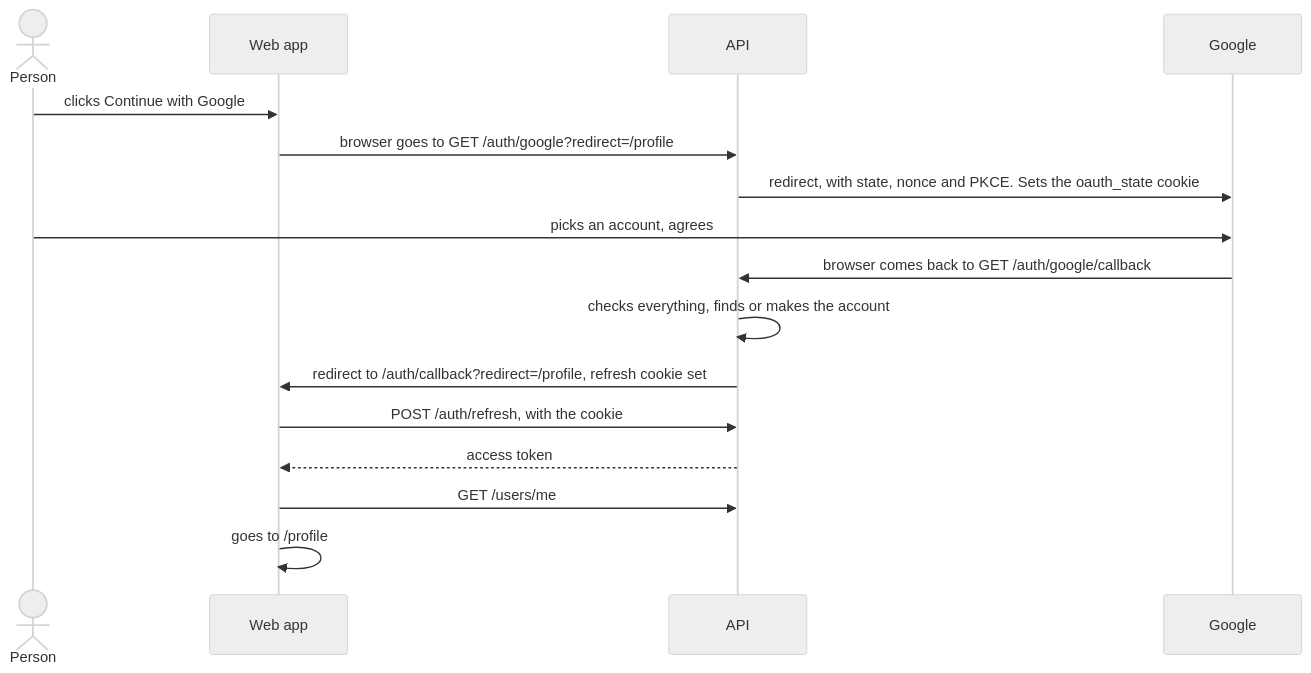
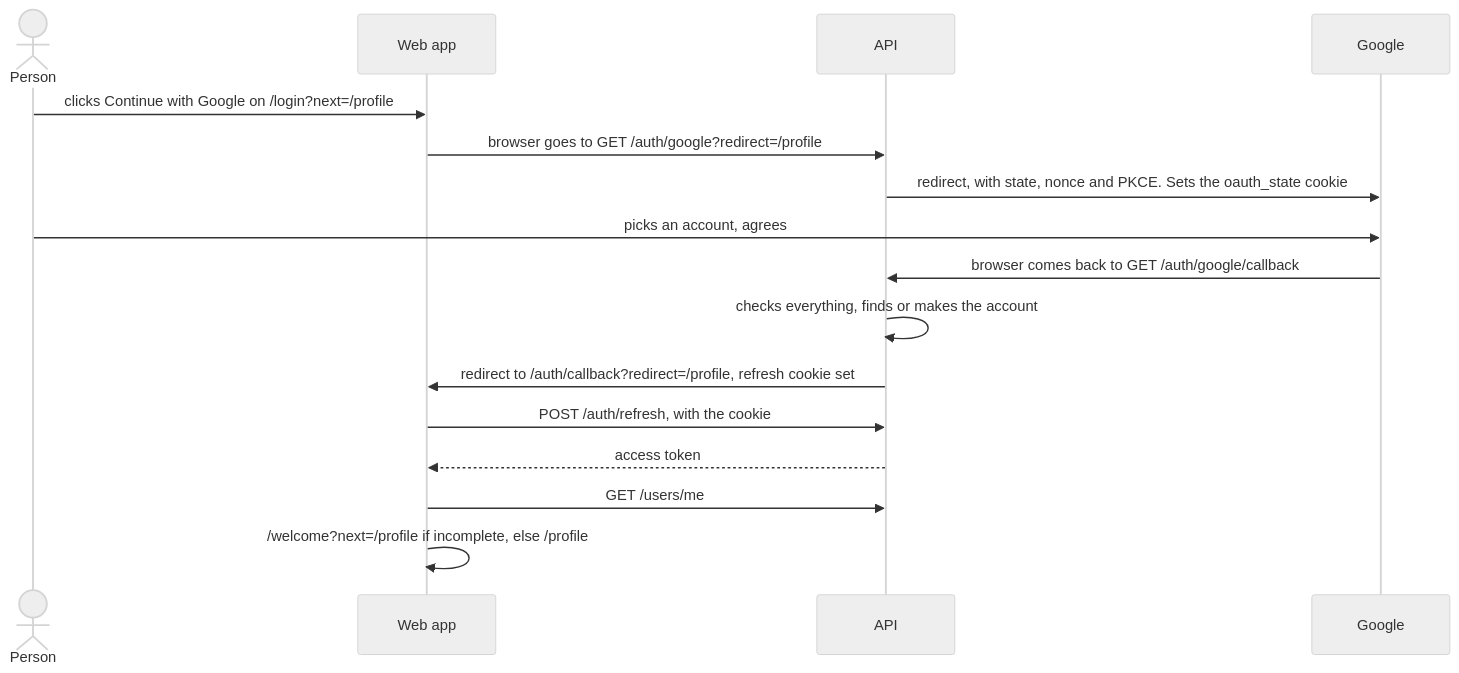
The fourth of 4 diagrams in docs/auth/pages-and-flows.md (StoriuSs/NezFocus-Frontend), drawn with Mermaid (neutral theme) before and after one commit. The commit also changed other lines of this file and 124 other files, not shown here.

````diff
--- a/docs/auth/pages-and-flows.md
+++ b/docs/auth/pages-and-flows.md
@@ -290,18 +361,18 @@
 ```mermaid
 sequenceDiagram
     actor P as Person
     participant App as Web app
     participant API
     participant G as Google
-    P->>App: clicks Continue with Google
+    P->>App: clicks Continue with Google on /login?next=/profile
     App->>API: browser goes to GET /auth/google?redirect=/profile
     API->>G: redirect, with state, nonce and PKCE. Sets the oauth_state cookie
     P->>G: picks an account, agrees
     G->>API: browser comes back to GET /auth/google/callback
     API->>API: checks everything, finds or makes the account
     API->>App: redirect to /auth/callback?redirect=/profile, refresh cookie set
     App->>API: POST /auth/refresh, with the cookie
     API-->>App: access token
     App->>API: GET /users/me
-    App->>App: goes to /profile
+    App->>App: /welcome?next=/profile if incomplete, else /profile
 ```
````
